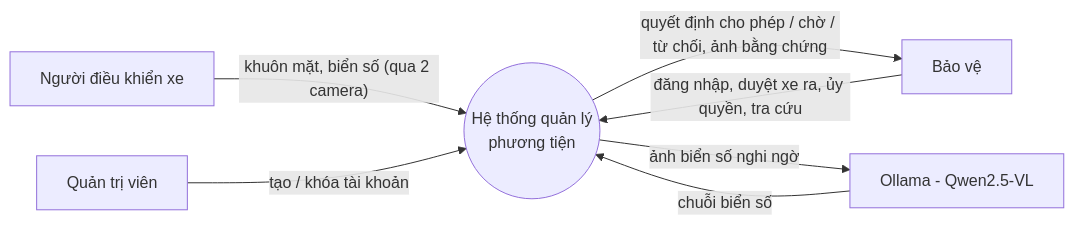
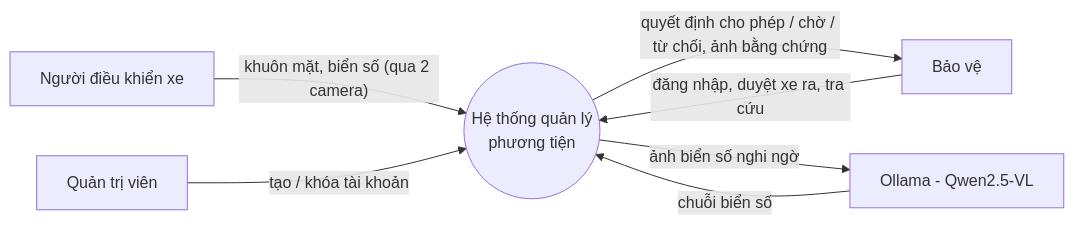
One commit to PhuocNguyen2206/-n changed the first of 4 diagrams in docs/NHAP_CAP_NHAT_BAO_CAO.md. Above: the diagram before and after it, drawn with Mermaid. The commit also changed other lines of this file and 12 other files, not shown here.

````diff
--- a/docs/NHAP_CAP_NHAT_BAO_CAO.md
+++ b/docs/NHAP_CAP_NHAT_BAO_CAO.md
@@ -71,9 +63,9 @@
 ```mermaid
 flowchart LR
   NL[Người điều khiển xe] -- "khuôn mặt, biển số (qua 2 camera)" --> HT((Hệ thống quản lý<br/>phương tiện))
-  BV[Bảo vệ] -- "đăng nhập, duyệt xe ra, ủy quyền, tra cứu" --> HT
+  BV[Bảo vệ] -- "đăng nhập, duyệt xe ra, tra cứu" --> HT
   HT -- "quyết định cho phép / chờ / từ chối, ảnh bằng chứng" --> BV
   QT[Quản trị viên] -- "tạo / khóa tài khoản" --> HT
   HT -- "ảnh biển số nghi ngờ" --> VLM[Ollama - Qwen2.5-VL]
   VLM -- "chuỗi biển số" --> HT
 ```
````
